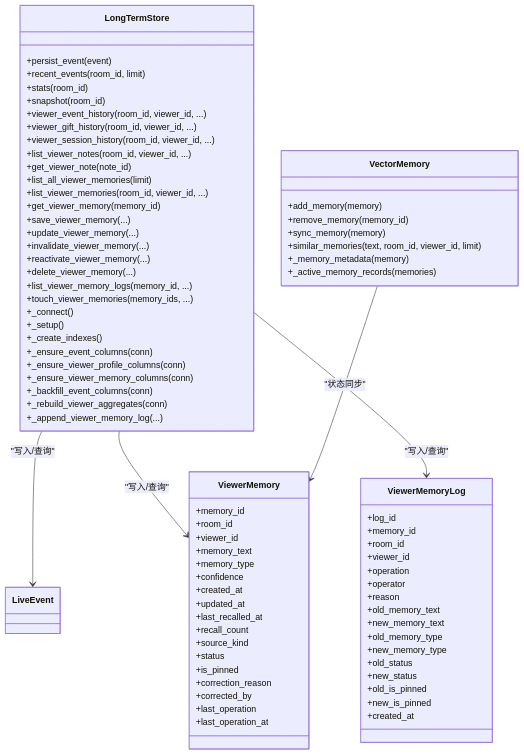
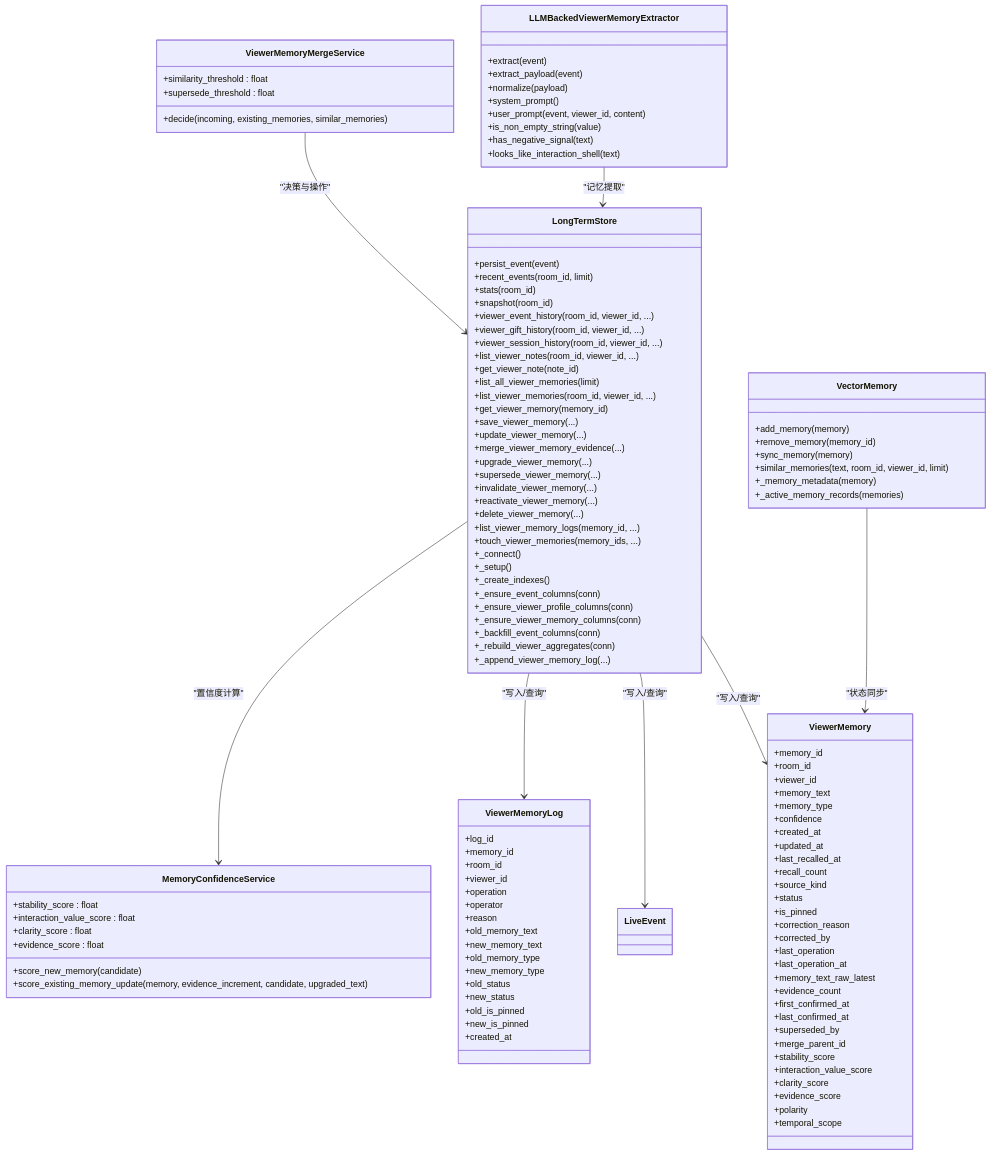
One commit to Moon-Force/DouYin_llm changed the third of 3 diagrams in .qoder/repowiki/zh/content/后端服务/内存管理系统/长期存储管理.md. Above: the diagram before and after it, drawn with Mermaid. The commit also changed other lines of this file and 34 other files, not shown here.

````diff
--- a/.qoder/repowiki/zh/content/后端服务/内存管理系统/长期存储管理.md
+++ b/.qoder/repowiki/zh/content/后端服务/内存管理系统/长期存储管理.md
@@ -323,6 +488,9 @@
 +get_viewer_memory(memory_id)
 +save_viewer_memory(...)
 +update_viewer_memory(...)
++merge_viewer_memory_evidence(...)
++upgrade_viewer_memory(...)
++supersede_viewer_memory(...)
 +invalidate_viewer_memory(...)
 +reactivate_viewer_memory(...)
 +delete_viewer_memory(...)
@@ -338,6 +506,19 @@
 +_rebuild_viewer_aggregates(conn)
 +_append_viewer_memory_log(...)
 }
+class ViewerMemoryMergeService {
++decide(incoming, existing_memories, similar_memories)
++similarity_threshold : float
++supersede_threshold : float
+}
+class MemoryConfidenceService {
++score_new_memory(candidate)
++score_existing_memory_update(memory, evidence_increment, candidate, upgraded_text)
++stability_score : float
++interaction_value_score : float
++clarity_score : float
++evidence_score : float
+}
 class VectorMemory {
 +add_memory(memory)
 +remove_memory(memory_id)
@@ -345,6 +526,16 @@
 +similar_memories(text, room_id, viewer_id, limit)
 +_memory_metadata(memory)
 +_active_memory_records(memories)
+}
+class LLMBackedViewerMemoryExtractor {
++extract(event)
++extract_payload(event)
++normalize(payload)
++system_prompt()
++user_prompt(event, viewer_id, content)
++is_non_empty_string(value)
++has_negative_signal(text)
++looks_like_interaction_shell(text)
 }
 class ViewerMemory {
 +memory_id
@@ -364,6 +555,18 @@
 +corrected_by
 +last_operation
 +last_operation_at
++memory_text_raw_latest
++evidence_count
++first_confirmed_at
++last_confirmed_at
++superseded_by
++merge_parent_id
++stability_score
++interaction_value_score
++clarity_score
++evidence_score
++polarity
++temporal_scope
 }
 class ViewerMemoryLog {
 +log_id
@@ -386,5 +589,8 @@
 LongTermStore --> LiveEvent : "写入/查询"
 LongTermStore --> ViewerMemory : "写入/查询"
 LongTermStore --> ViewerMemoryLog : "写入/查询"
+LongTermStore --> MemoryConfidenceService : "置信度计算"
+ViewerMemoryMergeService --> LongTermStore : "决策与操作"
 VectorMemory --> ViewerMemory : "状态同步"
+LLMBackedViewerMemoryExtractor --> LongTermStore : "记忆提取"
 ```
````
